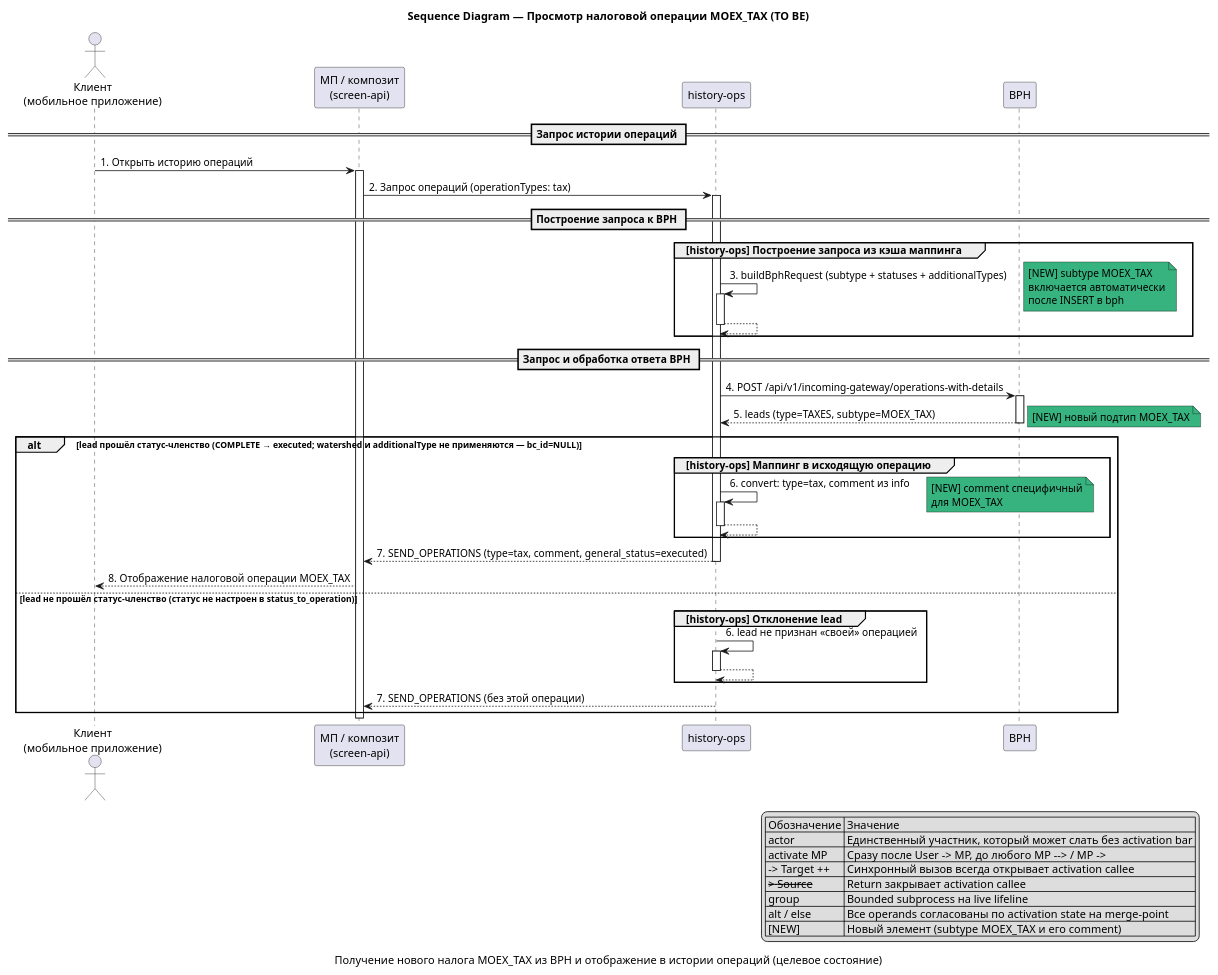
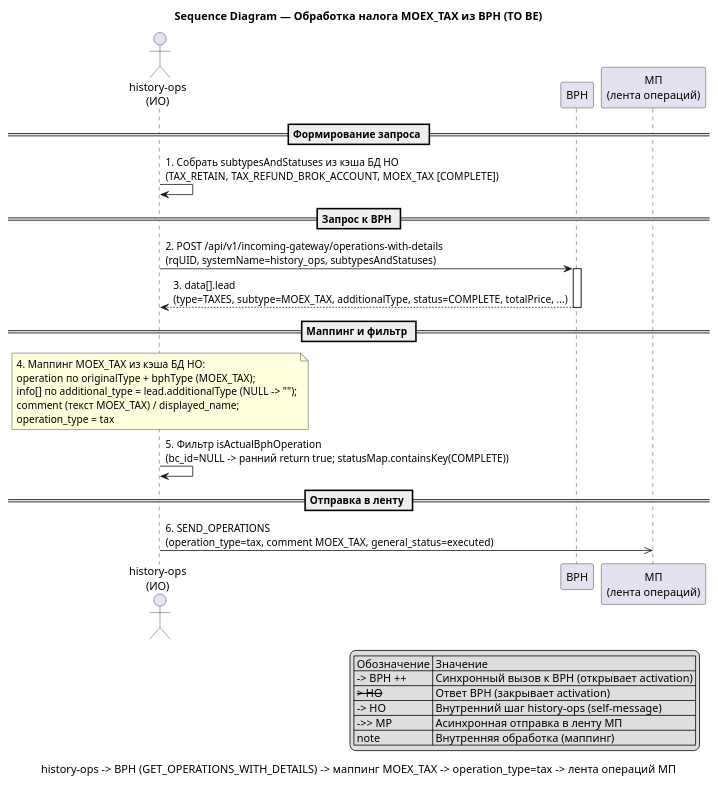
One commit to P4elo-hub/gigacode_analytics changed the second of 3 diagrams in Feature-writing/bph-moex-tax/bph-moex-tax.md. Above: the diagram before and after it, drawn with PlantUML. The commit also changed other lines of this file and 26 other files, not shown here.

````diff
--- a/Feature-writing/bph-moex-tax/bph-moex-tax.md
+++ b/Feature-writing/bph-moex-tax/bph-moex-tax.md
@@ -372,60 +370,43 @@
 ```plantuml
 @startuml
-title Sequence Diagram — Просмотр налоговой операции MOEX_TAX (TO BE)
-caption Получение нового налога MOEX_TAX из BPH и отображение в истории операций (целевое состояние)
+title Sequence Diagram — Обработка налога MOEX_TAX из BPH (TO BE)
+caption history-ops -> BPH (GET_OPERATIONS_WITH_DETAILS) -> маппинг MOEX_TAX -> operation_type=tax -> лента операций МП
 
-actor "Клиент\n(мобильное приложение)" as User
-participant "МП / композит\n(screen-api)" as MP
-participant "history-ops" as HO
+actor "history-ops\n(ИО)" as HO
 participant "BPH" as BPH
+participant "МП\n(лента операций)" as MP
 
-== Запрос истории операций ==
+== Формирование запроса ==
 
-User -> MP: 1. Открыть историю операций
-activate MP
-MP -> HO ++: 2. Запрос операций (operationTypes: tax)
+HO -> HO: 1. Собрать subtypesAndStatuses из кэша БД HO\n(TAX_RETAIN, TAX_REFUND_BROK_ACCOUNT, MOEX_TAX [COMPLETE])
 
-== Построение запроса к BPH ==
+== Запрос к BPH ==
 
-group [history-ops] Построение запроса из кэша маппинга
-  HO -> HO ++: 3. buildBphRequest (subtype + statuses + additionalTypes)
-  note right #36B37E: [NEW] subtype MOEX_TAX\nвключается автоматически\nпосле INSERT в bph
-  return
-end
+HO -> BPH ++: 2. POST /api/v1/incoming-gateway/operations-with-details\n(rqUID, systemName=history_ops, subtypesAndStatuses)
+BPH --> HO --: 3. data[].lead\n(type=TAXES, subtype=MOEX_TAX, additionalType, status=COMPLETE, totalPrice, ...)
 
-== Запрос и обработка ответа BPH ==
+== Маппинг и фильтр ==
 
-HO -> BPH ++: 4. POST /api/v1/incoming-gateway/operations-with-details
-BPH --> HO --: 5. leads (type=TAXES, subtype=MOEX_TAX)
-note right #36B37E: [NEW] новый подтип MOEX_TAX
+note over HO
+  4. Маппинг MOEX_TAX из кэша БД HO:
+  operation по originalType + bphType (MOEX_TAX);
+  info[] по additional_type = lead.additionalType (NULL -> "");
+  comment (текст MOEX_TAX) / displayed_name;
+  operation_type = tax
+end note
+HO -> HO: 5. Фильтр isActualBphOperation\n(bc_id=NULL -> ранний return true; statusMap.containsKey(COMPLETE))
 
-alt lead прошёл статус-членство (COMPLETE → executed; watershed и additionalType не применяются — bc_id=NULL)
-  group [history-ops] Маппинг в исходящую операцию
-    HO -> HO ++: 6. convert: type=tax, comment из info
-    note right #36B37E: [NEW] comment специфичный\nдля MOEX_TAX
-    return
-  end
-  HO --> MP --: 7. SEND_OPERATIONS (type=tax, comment, general_status=executed)
-  MP --> User: 8. Отображение налоговой операции MOEX_TAX
-else lead не прошёл статус-членство (статус не настроен в status_to_operation)
-  group [history-ops] Отклонение lead
-    HO -> HO ++: 6. lead не признан «своей» операцией
-    return
-  end
-  HO --> MP --: 7. SEND_OPERATIONS (без этой операции)
-end
+== Отправка в ленту ==
 
-deactivate MP
+HO ->> MP: 6. SEND_OPERATIONS\n(operation_type=tax, comment MOEX_TAX, general_status=executed)
 
 legend right
   | Обозначение | Значение |
-  | actor | Единственный участник, который может слать без activation bar |
-  | activate MP | Сразу после User -> MP, до любого MP --> / MP -> |
-  | -> Target ++ | Синхронный вызов всегда открывает activation callee |
-  | --> Source -- | Return закрывает activation callee |
-  | group | Bounded subprocess на live lifeline |
-  | alt / else | Все operands согласованы по activation state на merge-point |
-  | [NEW] | Новый элемент (subtype MOEX_TAX и его comment) |
+  | -> BPH ++ | Синхронный вызов к BPH (открывает activation) |
+  | --> HO -- | Ответ BPH (закрывает activation) |
+  | -> HO | Внутренний шаг history-ops (self-message) |
+  | ->> MP | Асинхронная отправка в ленту МП |
+  | note | Внутренняя обработка (маппинг) |
 endlegend
 @enduml
 ```
````
